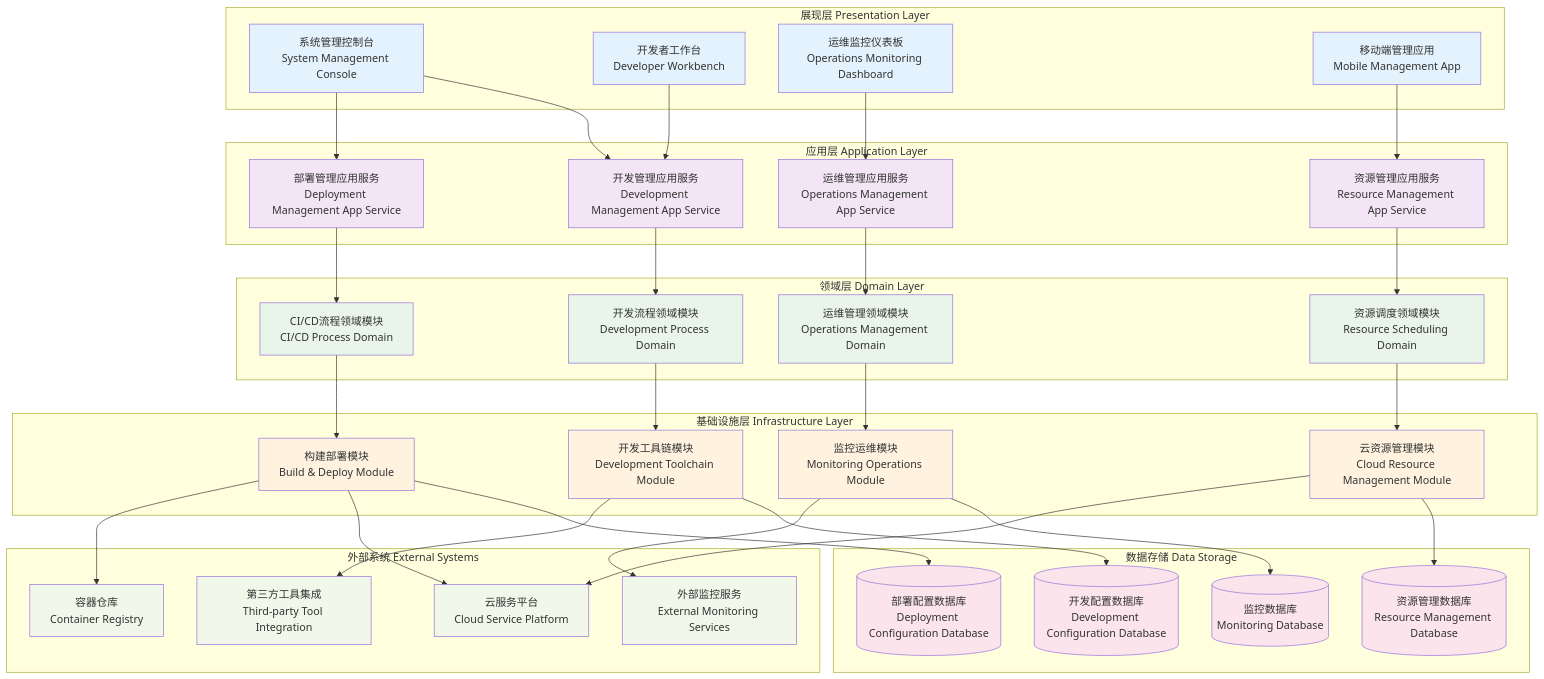
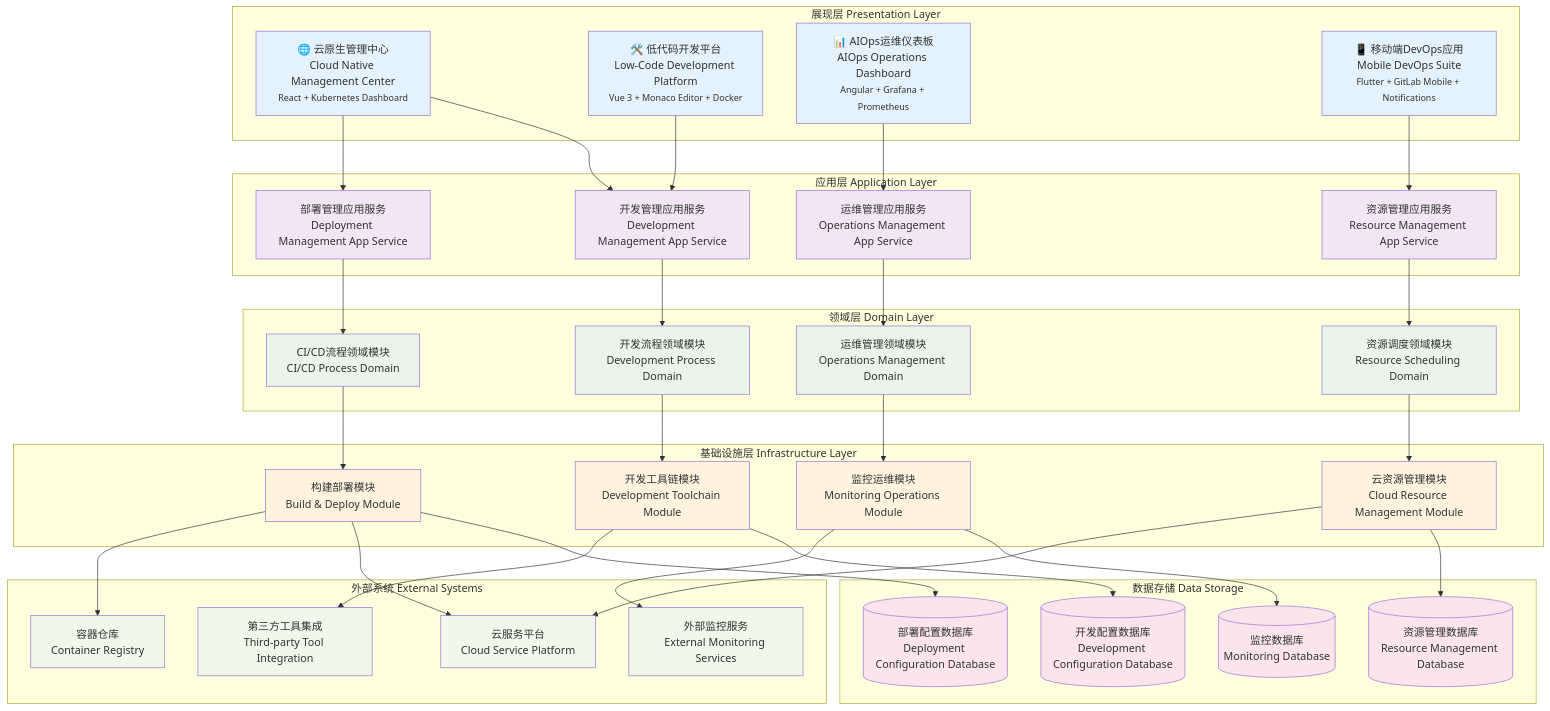
One commit to xsl625/- changed the diagram in 24.2.11_system_capability_architecture.md. Above: the diagram before and after it, drawn with Mermaid. The commit also changed other lines of this file and 9 other files, not shown here.

Commit message:
Enhance architecture docs with detailed technical insights and modern tech stack

````diff
--- a/24.2.11_system_capability_architecture.md
+++ b/24.2.11_system_capability_architecture.md
@@ -8,10 +14,10 @@
 ```mermaid
 graph TB
     subgraph "展现层 Presentation Layer"
-        A[系统管理控制台<br/>System Management Console]
-        B[开发者工作台<br/>Developer Workbench]
-        C[运维监控仪表板<br/>Operations Monitoring Dashboard]
-        D[移动端管理应用<br/>Mobile Management App]
+        A[🌐 云原生管理中心<br/>Cloud Native Management Center<br/><small>React + Kubernetes Dashboard</small>]
+        B[🛠️ 低代码开发平台<br/>Low-Code Development Platform<br/><small>Vue 3 + Monaco Editor + Docker</small>]
+        C[📊 AIOps运维仪表板<br/>AIOps Operations Dashboard<br/><small>Angular + Grafana + Prometheus</small>]
+        D[📱 移动端DevOps应用<br/>Mobile DevOps Suite<br/><small>Flutter + GitLab Mobile + Notifications</small>]
     end
     
     subgraph "应用层 Application Layer"
````
